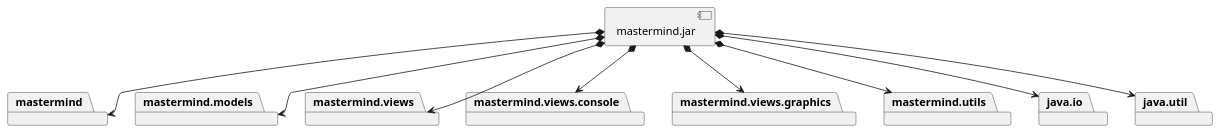
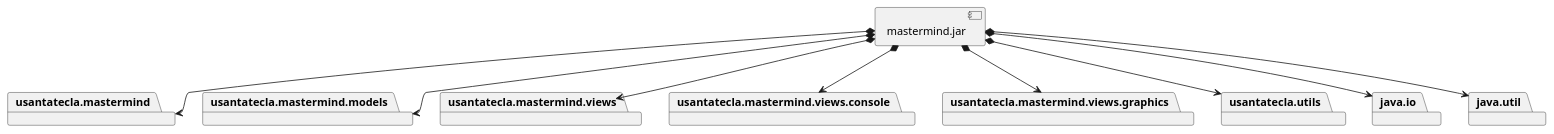
The first of 2 diagrams in documentView/withoutFactoryMethod/docs/diagrams/src/vistas.plantuml (SantaTecla-mastermind/solution.java.swing.socket.sql), drawn with PlantUML before and after one commit. The commit also changed 20 other files, not shown here.

Commit message:
Fix some tests and diagrams

```diff
--- a/documentView/withoutFactoryMethod/docs/diagrams/src/vistas.plantuml
+++ b/documentView/withoutFactoryMethod/docs/diagrams/src/vistas.plantuml
@@ -1,29 +1,29 @@
 @startuml desarrollo_implementacion
-package "  "  as mastermind {
+package "  "  as usantatecla.mastermind {
 }
-package "  "  as mastermind.models {
+package "  "  as usantatecla.mastermind.models {
 }
-package "  "  as mastermind.views {
+package "  "  as usantatecla.mastermind.views {
 }
-package "  "  as mastermind.views.console {
+package "  "  as usantatecla.mastermind.views.console {
 }
-package "  "  as mastermind.views.graphics {
+package "  "  as usantatecla.mastermind.views.graphics {
 }
-package "  "  as mastermind.utils {
+package "  "  as usantatecla.utils {
 }
 package "  "  as java.io {
 }
 package "  "  as java.util {
 }
 
 [mastermind.jar] as jar
 
-jar *--> mastermind
-jar *--> mastermind.models
-jar *--> mastermind.views
-jar *--> mastermind.views.console
-jar *--> mastermind.views.graphics
-jar *--> mastermind.utils
+jar *--> usantatecla.mastermind
+jar *--> usantatecla.mastermind.models
+jar *--> usantatecla.mastermind.views
+jar *--> usantatecla.mastermind.views.console
+jar *--> usantatecla.mastermind.views.graphics
+jar *--> usantatecla.utils
 jar *--> java.io
 jar *--> java.util
 @enduml
```
